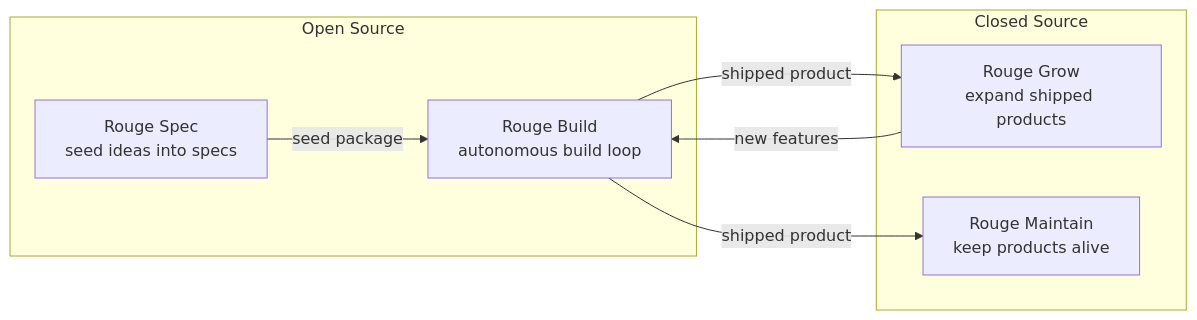
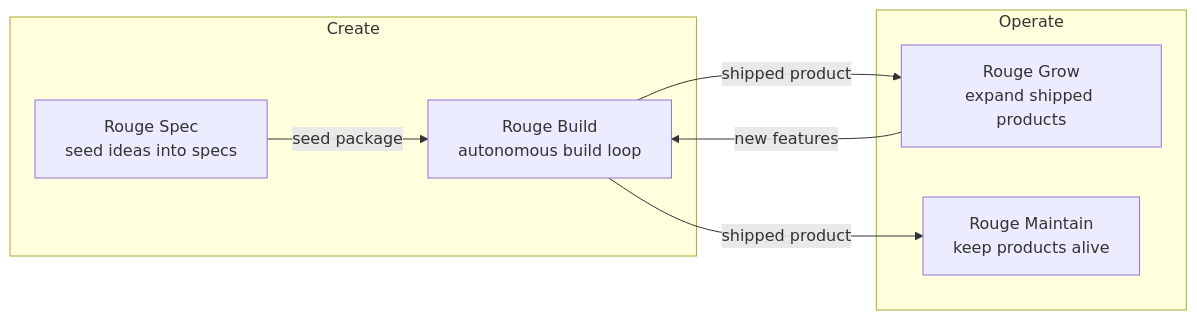
The fourth of 4 diagrams in docs/how-rouge-works.md (gregario/the-rouge), drawn with Mermaid before and after one commit. The commit also changed other lines of this file, not shown here.

Commit message:
docs: remove open/closed source references from product line section

````diff
--- a/docs/how-rouge-works.md
+++ b/docs/how-rouge-works.md
@@ -330,17 +330,17 @@
 ```mermaid
 flowchart LR
-    subgraph "Open Source"
+    subgraph "Create"
         RS[Rouge Spec<br/>seed ideas into specs]
         RB[Rouge Build<br/>autonomous build loop]
     end
 
-    subgraph "Closed Source"
+    subgraph "Operate"
         RG[Rouge Grow<br/>expand shipped products]
         RM[Rouge Maintain<br/>keep products alive]
     end
 
     RS -->|seed package| RB
     RB -->|shipped product| RG
     RB -->|shipped product| RM
     RG -->|new features| RB
 ```
````
